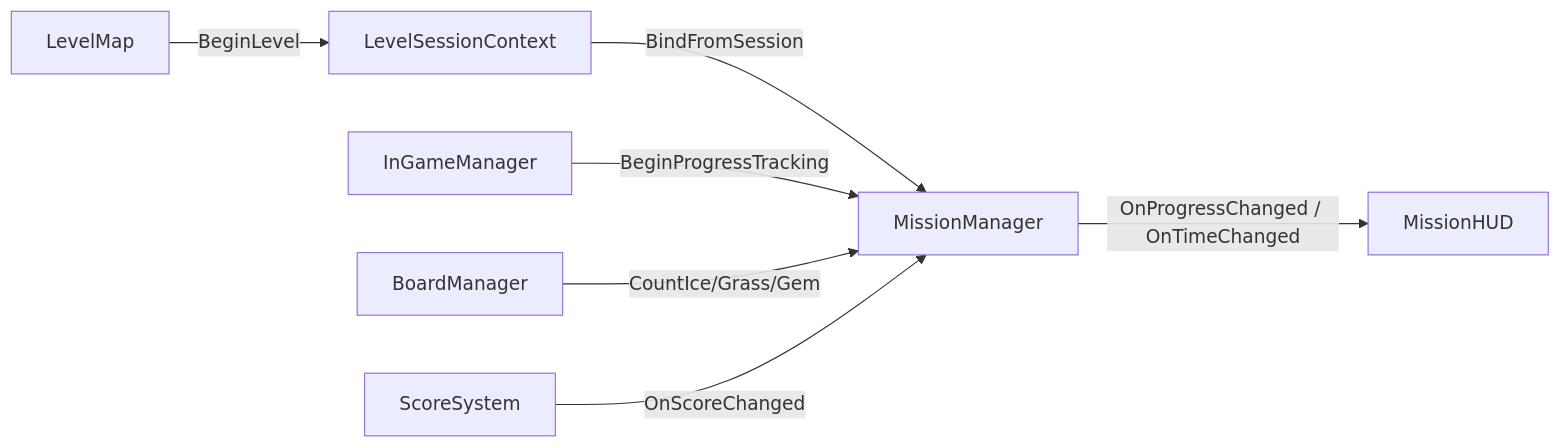
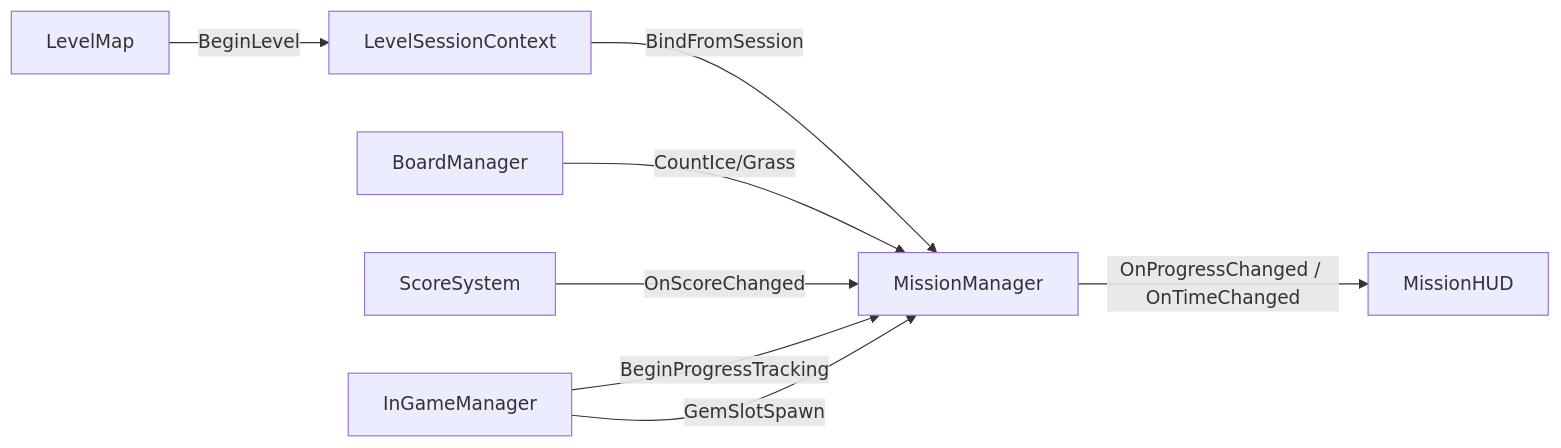
One commit to chlghksgml01/BlockPuzzle changed the first of 3 diagrams in docs/diagrams/mission-manager.md. Above: the diagram before and after it, drawn with Mermaid. The commit also changed other lines of this file and 28 other files, not shown here.

````diff
--- a/docs/diagrams/mission-manager.md
+++ b/docs/diagrams/mission-manager.md
@@ -17,17 +17,18 @@
 ```mermaid
 flowchart LR
   MAP[LevelMap]
   CTX[LevelSessionContext]
   MM[MissionManager]
   HUD[MissionHUD]
   BM[BoardManager]
   SS[ScoreSystem]
   IGM[InGameManager]
 
   MAP -->|"BeginLevel"| CTX
   CTX -->|"BindFromSession"| MM
   IGM -->|"BeginProgressTracking"| MM
-  BM -->|"CountIce/Grass/Gem"| MM
+  BM -->|"CountIce/Grass"| MM
+  IGM -->|"GemSlotSpawn"| MM
   SS -->|"OnScoreChanged"| MM
   MM -->|"OnProgressChanged / OnTimeChanged"| HUD
 ```
````
